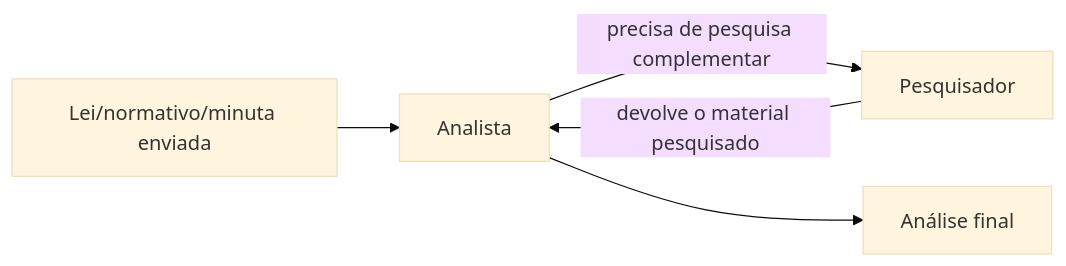
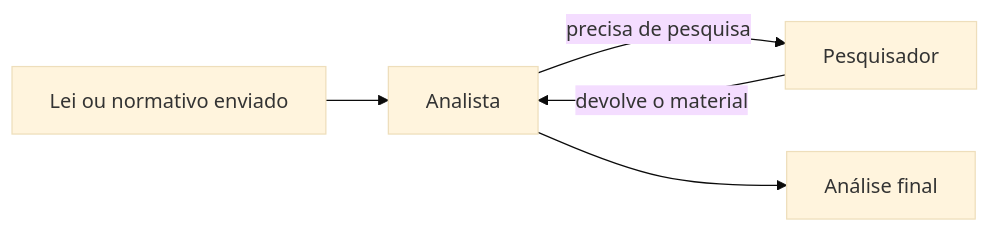
One commit to waacontroladoria/manuais-usuario changed the third of 3 diagrams in WGPT/README.md. Above: the diagram before and after it, drawn with Mermaid (base theme). The commit also changed other lines of this file and 6 other files, not shown here.

````diff
--- a/WGPT/README.md
+++ b/WGPT/README.md
@@ -111,7 +229,7 @@
 ```mermaid
 flowchart LR
-    U2["Lei/normativo/minuta enviada"] --> AN["Analista"]
-    AN -->|"precisa de pesquisa complementar"| PE2["Pesquisador"]
-    PE2 -->|"devolve o material pesquisado"| AN
+    U2["Lei ou normativo enviado"] --> AN["Analista"]
+    AN -->|"precisa de pesquisa"| PE2["Pesquisador"]
+    PE2 -->|"devolve o material"| AN
     AN --> R2["Análise final"]
 ```
````
